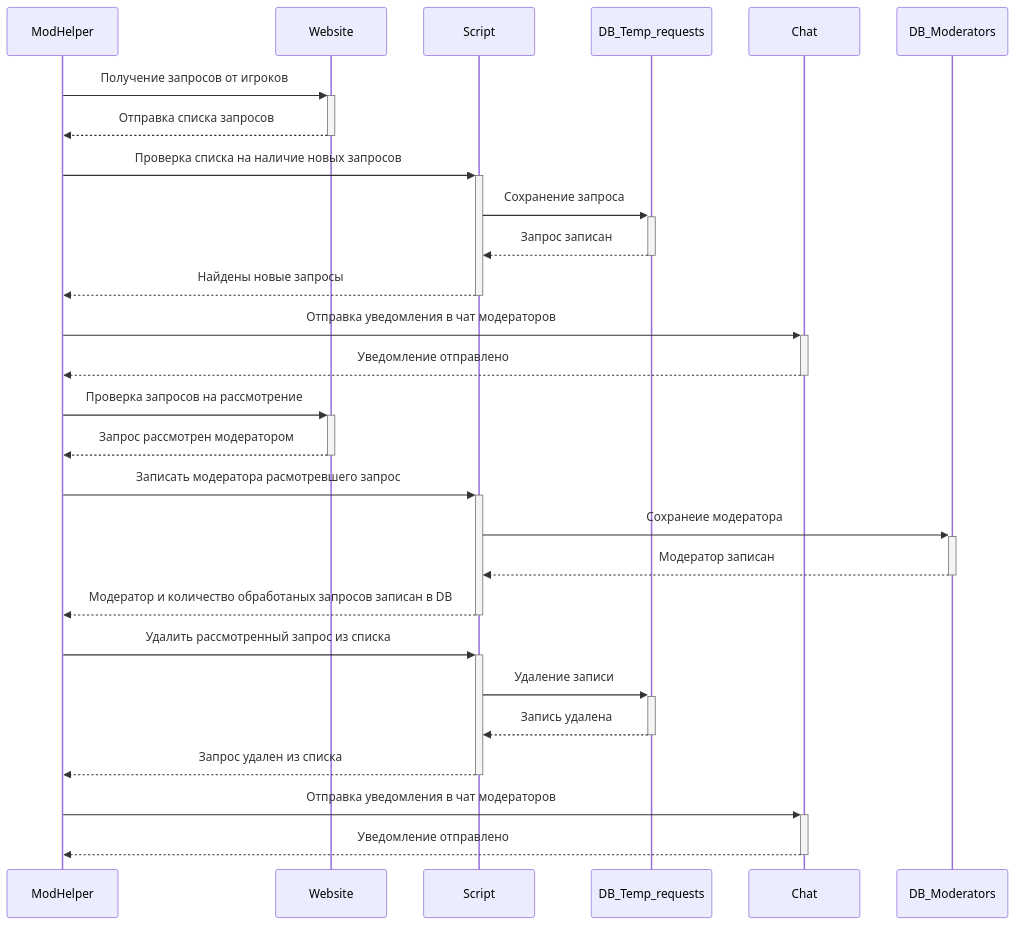
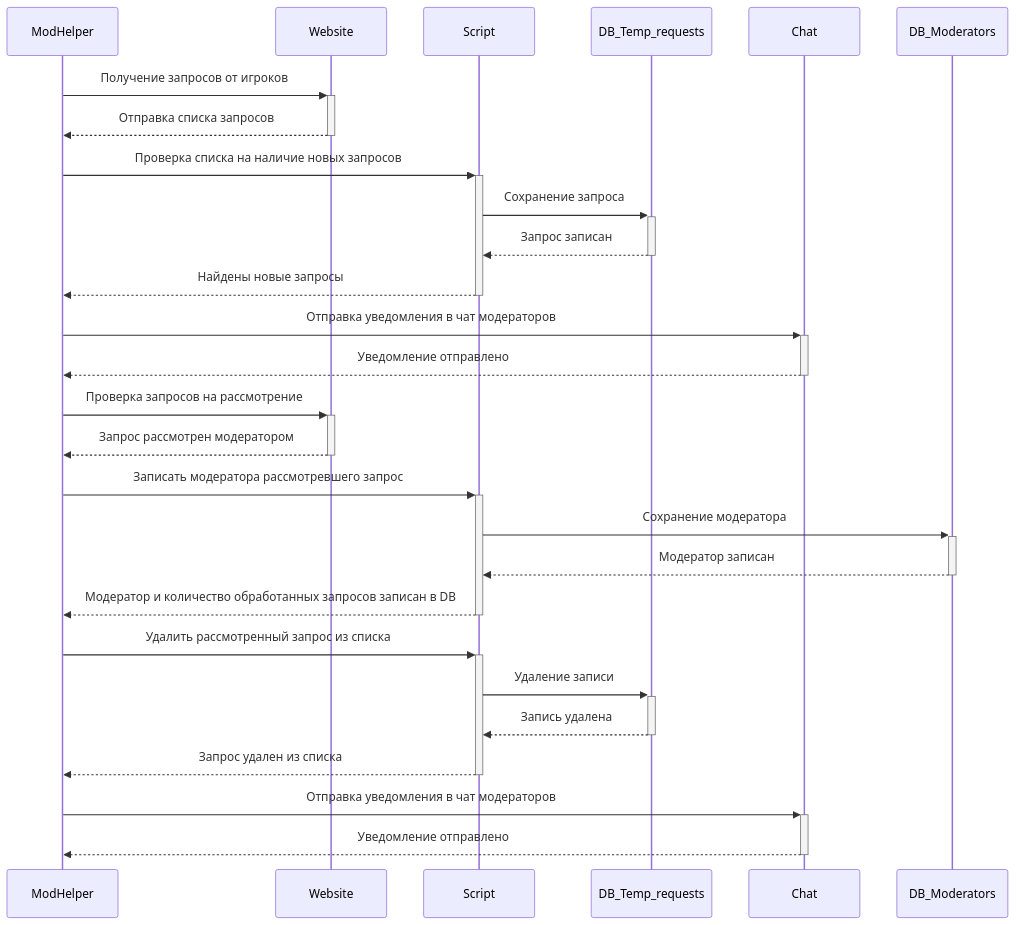
Before and after one commit to 0x715h1m070/chatbot-modhelper: the diagram in README-ru.md, drawn with Mermaid. The commit also changed other lines of this file, not shown here.

````diff
--- a/README-ru.md
+++ b/README-ru.md
@@ -9,23 +9,23 @@
 ```mermaid
 sequenceDiagram
     ModHelper->>+Website: Получение запросов от игроков
     Website-->>-ModHelper: Отправка списка запросов
     ModHelper->>+Script: Проверка списка на наличие новых запросов
     Script->>+DB_Temp_requests: Сохранение запроса
     DB_Temp_requests-->>-Script: Запрос записан
     Script-->>-ModHelper: Найдены новые запросы
     ModHelper->>+Chat: Отправка уведомления в чат модераторов
     Chat-->>-ModHelper: Уведомление отправлено
     ModHelper->>+Website: Проверка запросов на рассмотрение
     Website-->>-ModHelper: Запрос рассмотрен модератором
-    ModHelper->>+Script: Записать модератора расмотревшего запрос
-    Script->>+DB_Moderators: Сохранеие модератора
+    ModHelper->>+Script: Записать модератора рассмотревшего запрос
+    Script->>+DB_Moderators: Сохранение модератора
     DB_Moderators-->>-Script: Модератор записан
-    Script-->>-ModHelper: Модератор и количество обработаных запросов записан в DB 
+    Script-->>-ModHelper: Модератор и количество обработанных запросов записан в DB 
     ModHelper->>+Script: Удалить рассмотренный запрос из списка
     Script->>+DB_Temp_requests: Удаление записи
     DB_Temp_requests-->>-Script: Запись удалена
     Script-->>-ModHelper: Запрос удален из списка
     ModHelper->>+Chat: Отправка уведомления в чат модераторов
     Chat-->>-ModHelper: Уведомление отправлено
 ```
````
